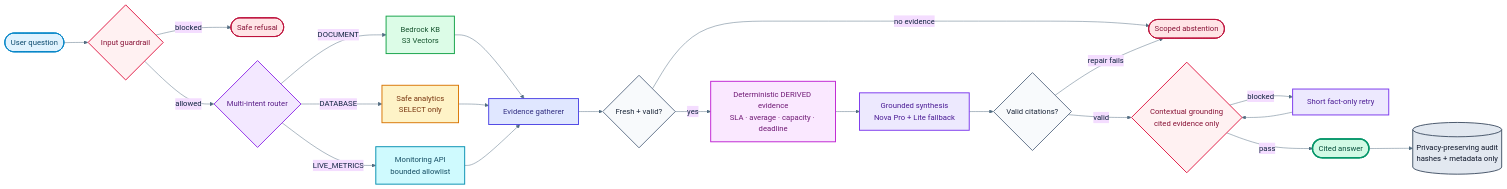
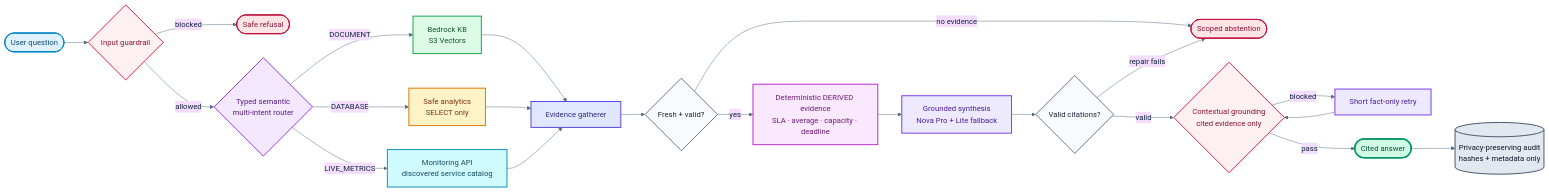
One commit to XUanhoa04/geekbrain-langgraph changed the first of 3 diagrams in docs/ARCHITECTURE.md. Above: the diagram before and after it, drawn with Mermaid. The commit also changed other lines of this file and 18 other files, not shown here.

````diff
--- a/docs/ARCHITECTURE.md
+++ b/docs/ARCHITECTURE.md
@@ -12,45 +12,45 @@
 ```mermaid
 %%{init: {"theme": "base", "themeVariables": {
   "fontFamily": "Inter, Segoe UI, sans-serif",
   "primaryTextColor": "#10233f",
   "lineColor": "#526d82"
 }}}%%
 flowchart LR
     U([User question]):::user --> IG{Input guardrail}:::guard
     IG -->|blocked| STOP([Safe refusal]):::blocked
-    IG -->|allowed| R{Multi-intent router}:::router
+    IG -->|allowed| R{Typed semantic<br/>multi-intent router}:::router
 
     R -->|DOCUMENT| KB[Bedrock KB<br/>S3 Vectors]:::document
     R -->|DATABASE| DB[Safe analytics<br/>SELECT only]:::database
-    R -->|LIVE_METRICS| LIVE[Monitoring API<br/>bounded allowlist]:::live
+    R -->|LIVE_METRICS| LIVE[Monitoring API<br/>discovered service catalog]:::live
 
     KB --> G[Evidence gatherer]:::core
     DB --> G
     LIVE --> G
 
     G --> F{Fresh + valid?}:::decision
     F -->|no evidence| AB([Scoped abstention]):::blocked
     F -->|yes| D[Deterministic DERIVED evidence<br/>SLA · average · capacity · deadline]:::derived
     D --> S[Grounded synthesis<br/>Nova Pro + Lite fallback]:::model
     S --> C{Valid citations?}:::decision
     C -->|repair fails| AB
     C -->|valid| OG{Contextual grounding<br/>cited evidence only}:::guard
     OG -->|blocked| RETRY[Short fact-only retry]:::model
     RETRY --> OG
     OG -->|pass| A([Cited answer]):::success
     A --> AUDIT[(Privacy-preserving audit<br/>hashes + metadata only)]:::audit
 
     classDef user fill:#e0f2fe,stroke:#0284c7,color:#0c4a6e,stroke-width:2px;
     classDef guard fill:#fff1f2,stroke:#e11d48,color:#881337,stroke-width:2px;
     classDef blocked fill:#ffe4e6,stroke:#be123c,color:#881337,stroke-width:2px;
     classDef router fill:#f3e8ff,stroke:#9333ea,color:#581c87,stroke-width:2px;
     classDef document fill:#dcfce7,stroke:#16a34a,color:#14532d,stroke-width:2px;
     classDef database fill:#fef3c7,stroke:#d97706,color:#78350f,stroke-width:2px;
     classDef live fill:#cffafe,stroke:#0891b2,color:#164e63,stroke-width:2px;
     classDef core fill:#e0e7ff,stroke:#4f46e5,color:#312e81,stroke-width:2px;
     classDef decision fill:#f8fafc,stroke:#64748b,color:#1e293b,stroke-width:2px;
     classDef derived fill:#fae8ff,stroke:#c026d3,color:#701a75,stroke-width:2px;
     classDef model fill:#ede9fe,stroke:#7c3aed,color:#4c1d95,stroke-width:2px;
     classDef success fill:#d1fae5,stroke:#059669,color:#064e3b,stroke-width:3px;
     classDef audit fill:#e2e8f0,stroke:#475569,color:#0f172a,stroke-width:2px;
 ```
````
